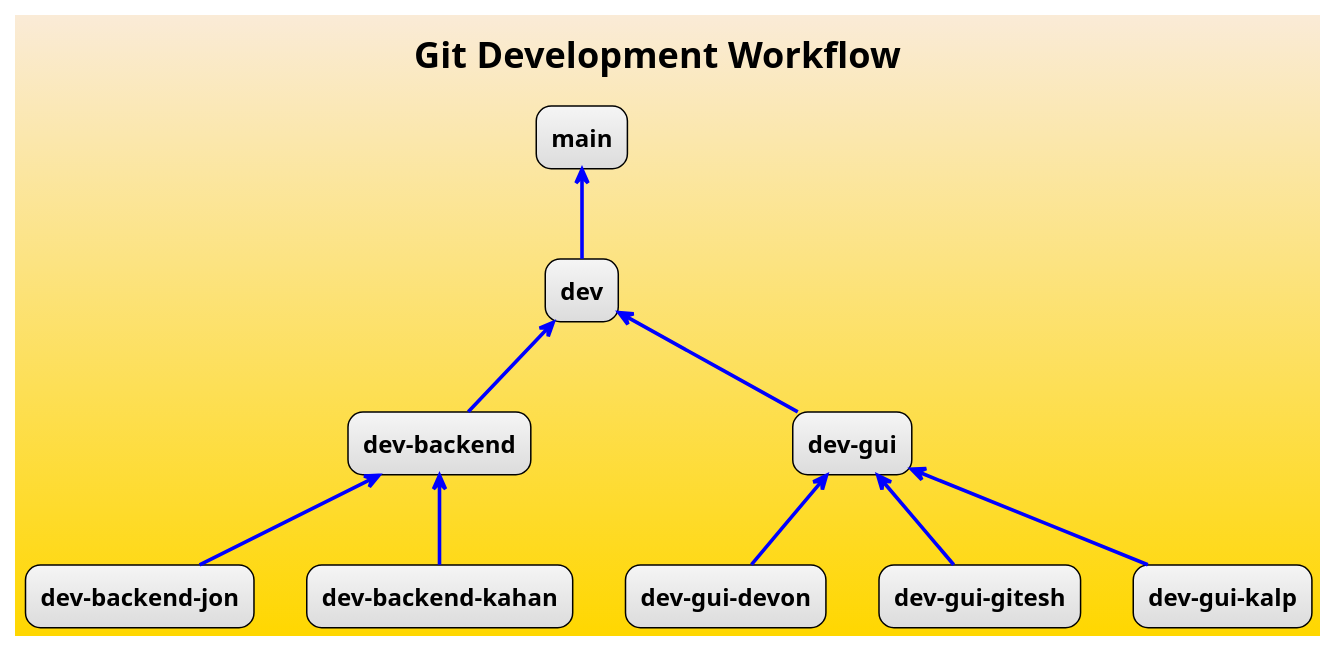
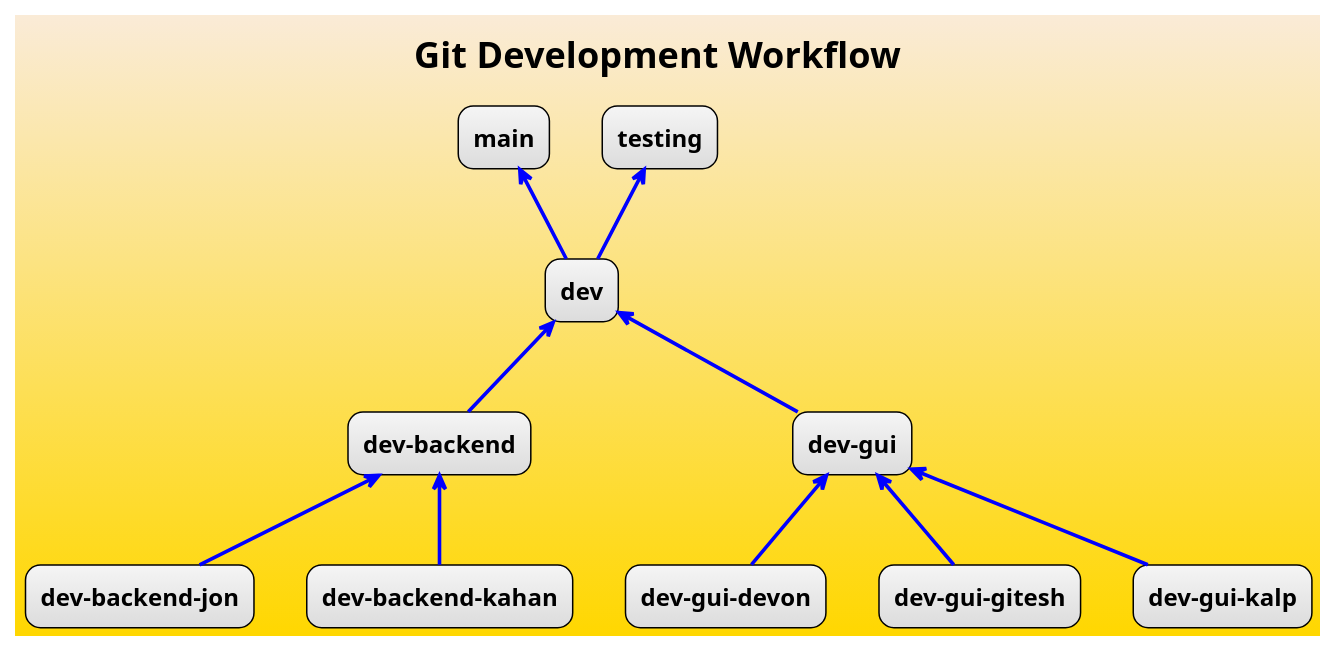
The diagram in images/flowchart.pu (Kahan-CS/Conestoga_Connects-Project_IV-Group-7), drawn with PlantUML before and after one commit. The commit also changed 2 other files, not shown here.

```diff
--- a/images/flowchart.pu
+++ b/images/flowchart.pu
@@ -1,61 +1,63 @@
 @startuml
 
 allowmixing
 
 skinparam backgroundcolor AntiqueWhite-Gold
 
 <style>
 
 
 Title {
   FontStyle bold
   FontSize 24
   BackgroundColor none
 }
 
 rectangle {
 	fontsize 16
 	fontcolor black
     backgroundcolor whitesmoke-gainsboro
     linecolor black
     linethickness 1.0
     roundcorner 20
 
 }
 
 arrow {
 linecolor blue
 linethickness 2.4
 fontstyle bold
 }
 
 
 </style>
 
 top to bottom direction
 
 Title "Git Development Workflow"
 
 rectangle "main"
 
 rectangle "dev"
+rectangle "testing"
 
 rectangle "dev-backend"
 rectangle "dev-backend-jon"
 rectangle "dev-backend-kahan"
 
 rectangle "dev-gui"
 rectangle "dev-gui-devon"
 rectangle "dev-gui-gitesh"
 rectangle "dev-gui-kalp"
 
 "main"				<--		"dev"
+"testing"			<--		"dev"
 "dev"				<--		"dev-gui"
 "dev"				<--		"dev-backend"
-"dev-backend"		<--		"dev-backend-jon"
-"dev-backend"		<--		"dev-backend-kahan"
 "dev-gui"			<--		"dev-gui-devon"
 "dev-gui"			<--		"dev-gui-gitesh"
 "dev-gui"			<--		"dev-gui-kalp"
+"dev-backend"		<--		"dev-backend-jon"
+"dev-backend"		<--		"dev-backend-kahan"
 
 @enduml
```
